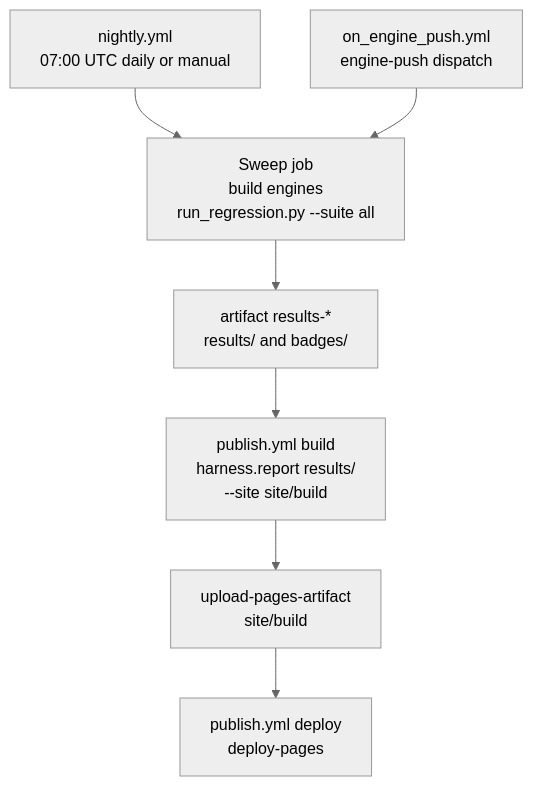
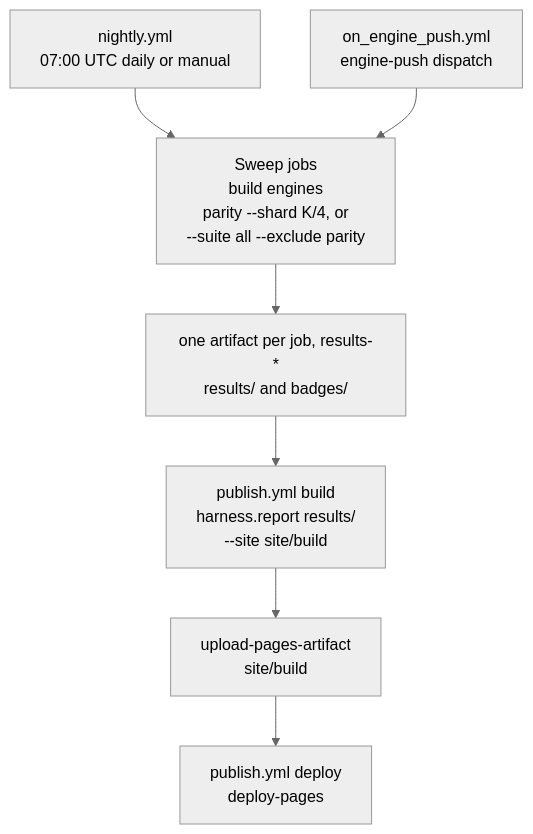
The diagram in docs/manual/guides/dashboard.rst (HydroCouple/openswmm.engine.benchmarks), drawn with Mermaid (neutral theme) before and after one commit. The commit also changed other lines of this file and 11 other files, not shown here.

First line of the commit message:
Run the nightly on swmm6_rel in jobs that fit the time limit

```diff
--- a/docs/manual/guides/dashboard.rst
+++ b/docs/manual/guides/dashboard.rst
@@ -16,11 +16,11 @@
 .. mermaid::
    :caption: How a scheduled or dispatched sweep reaches GitHub Pages.
    :alt: Flowchart from the sweep workflows to the Pages deployment
 
    flowchart TD
      nightly["nightly.yml<br/>07:00 UTC daily or manual"] --> sweep
      push["on_engine_push.yml<br/>engine-push dispatch"] --> sweep
-     sweep["Sweep job<br/>build engines<br/>run_regression.py --suite all"] --> artifact["artifact results-*<br/>results/ and badges/"]
+     sweep["Sweep jobs<br/>build engines<br/>parity --shard K/4, or<br/>--suite all --exclude parity"] --> artifact["one artifact per job, results-*<br/>results/ and badges/"]
      artifact --> build["publish.yml build<br/>harness.report results/<br/>--site site/build"]
      build --> pages["upload-pages-artifact<br/>site/build"]
      pages --> deploy["publish.yml deploy<br/>deploy-pages"]
```
